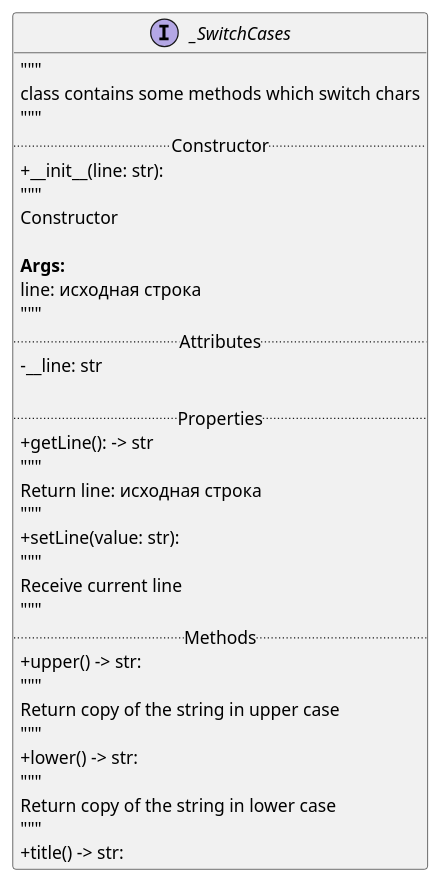
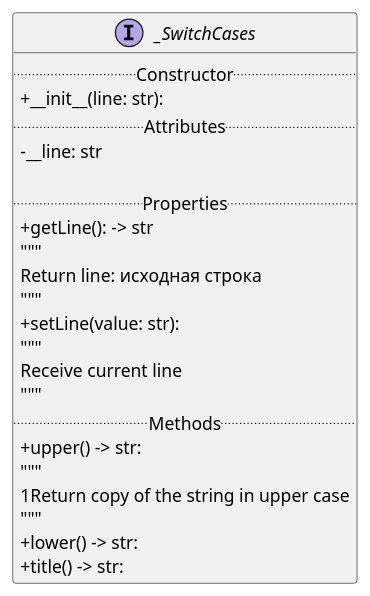
One commit to future-username/Learn_Python changed the diagram in mvp_03_uml_to_py/uml_class_for_test.puml. Above: the diagram before and after it, drawn with PlantUML. The commit also changed 12 other files, not shown here.

```diff
--- a/mvp_03_uml_to_py/uml_class_for_test.puml
+++ b/mvp_03_uml_to_py/uml_class_for_test.puml
@@ -1,38 +1,26 @@
 @startuml
 skinparam classAttributeIconSize 0
 interface _SwitchCases {
-    """
-    class contains some methods which switch chars
-    """
     .. Constructor ..
     +__init__(line: str):
-    """
-    Constructor
-
-    **Args:**
-        line: исходная строка
-    """
     .. Attributes ..
     -__line: str
 
     .. Properties ..
     + getLine(): -> str
     """
     Return line: исходная строка
     """
     + setLine(value: str):
     """
     Receive current line
     """
     .. Methods ..
     +upper() -> str:
     """
-    Return copy of the string in upper case
+    1Return copy of the string in upper case
     """
     +lower() -> str:
-    """
-    Return copy of the string in lower case
-    """
     +title() -> str:
 }
 @enduml
```
